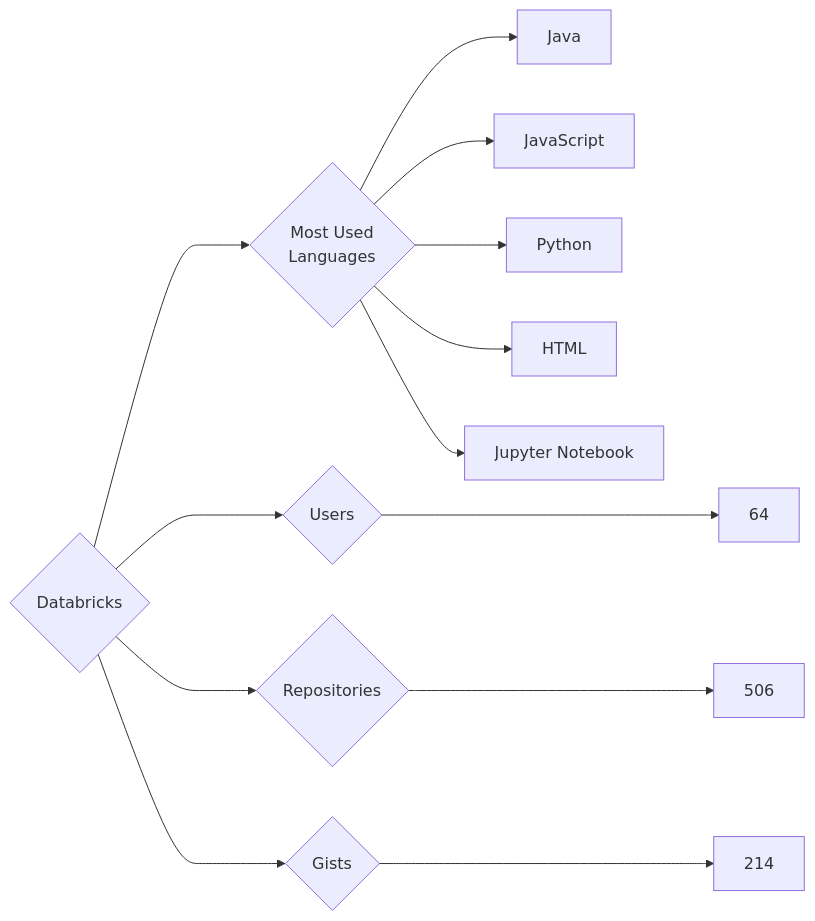
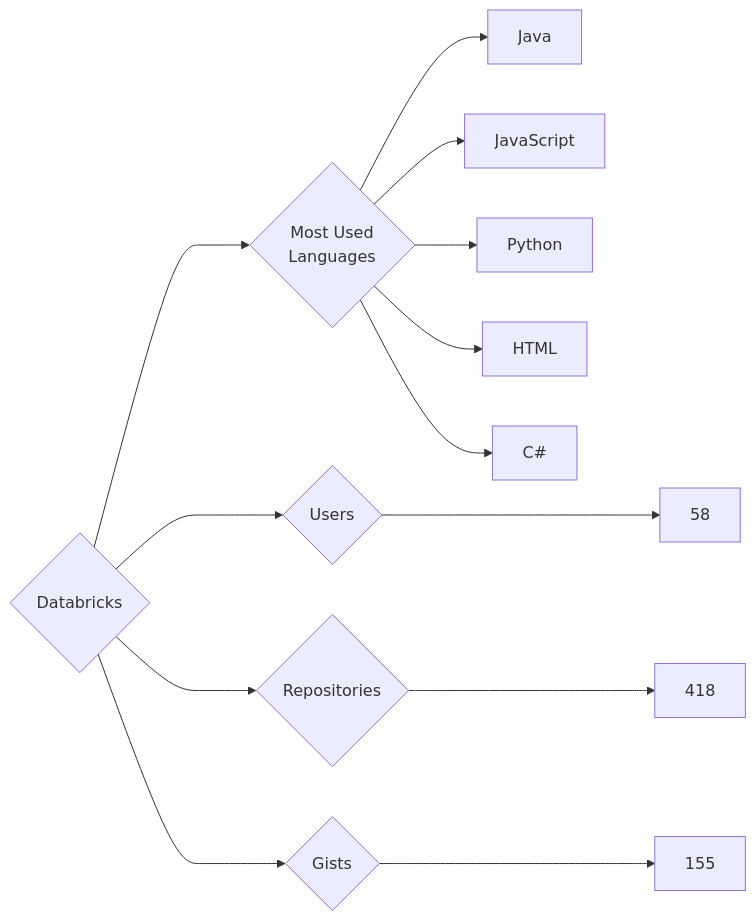
Before and after one commit to trickest/insiders: the diagram in targets/Databricks/README.md, drawn with Mermaid. The commit also changed 964 other files, not shown here.

````diff
--- a/targets/Databricks/README.md
+++ b/targets/Databricks/README.md
@@ -3,13 +3,13 @@
 ```mermaid
 graph LR
 COMPANY_NAME{Databricks}
-COMPANY_NAME ---> U{Users} ---> UN[64]
-COMPANY_NAME ---> R{Repositories} ---> RN[506]
-COMPANY_NAME ---> G{Gists} ---> GN[214]
+COMPANY_NAME ---> U{Users} ---> UN[58]
+COMPANY_NAME ---> R{Repositories} ---> RN[418]
+COMPANY_NAME ---> G{Gists} ---> GN[155]
 COMPANY_NAME ---> ML{Most Used<br>Languages}
 ML --> Java[Java]
 ML --> JavaScript[JavaScript]
 ML --> Python[Python]
 ML --> HTML[HTML]
-ML --> Jupyter_Notebook[Jupyter Notebook]
+ML --> C#[C#]
 ```
````
